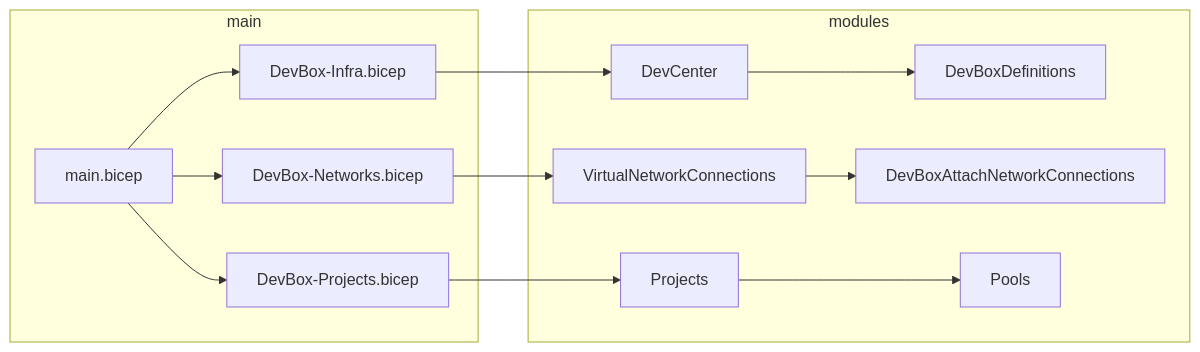
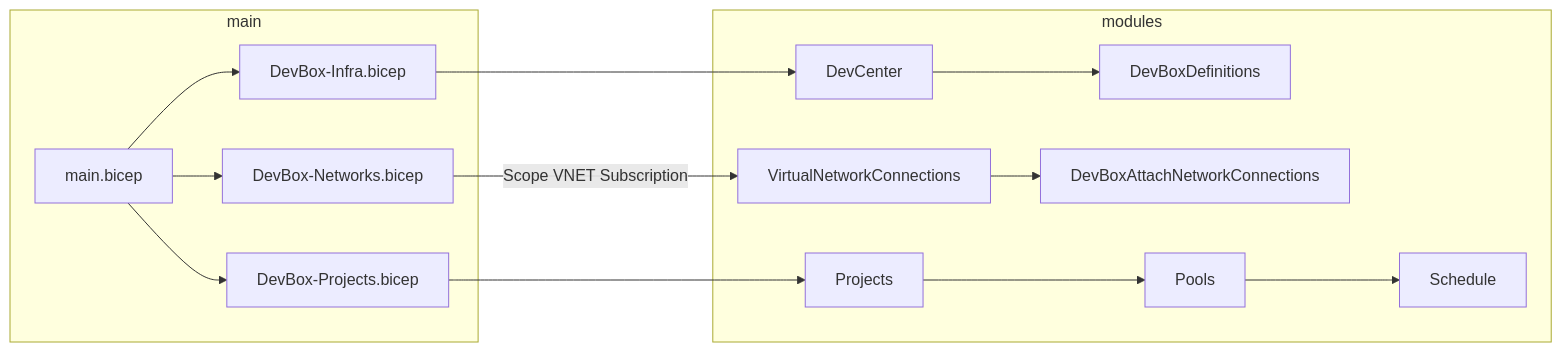
The diagram in README.md (PieterbasNagengast/Azure-DevBox), drawn with Mermaid before and after one commit. The commit also changed other lines of this file and 6 other files, not shown here.

````diff
--- a/README.md
+++ b/README.md
@@ -7,16 +19,16 @@
 ```mermaid
 flowchart LR;
     subgraph main
     main.bicep-->DevBox-Infra.bicep
     main.bicep-->DevBox-Networks.bicep
     main.bicep-->DevBox-Projects.bicep
     end
     DevBox-Infra.bicep-->DevCenter
-    DevBox-Networks.bicep-->VirtualNetworkConnections
+    DevBox-Networks.bicep-->|Scope VNET Subscription|VirtualNetworkConnections
     DevBox-Projects.bicep-->Projects
     subgraph modules
     DevCenter-->DevBoxDefinitions
     VirtualNetworkConnections-->DevBoxAttachNetworkConnections
-    Projects-->Pools
+    Projects-->Pools-->Schedule
     end
 ```
````
